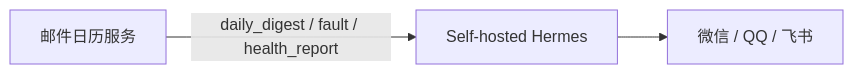
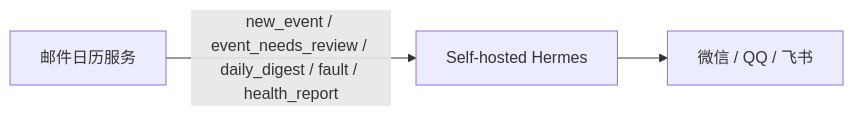
Before and after one commit to whitesweater/outlook-event-automation: the second of 2 diagrams in README.md, drawn with Mermaid. The commit also changed other lines of this file and 4 other files, not shown here.

````diff
--- a/README.md
+++ b/README.md
@@ -161,5 +161,5 @@
 ```mermaid
 flowchart LR
-  A["邮件日历服务"] -->|"daily_digest / fault / health_report"| B["Self-hosted Hermes"]
+  A["邮件日历服务"] -->|"new_event / event_needs_review / daily_digest / fault / health_report"| B["Self-hosted Hermes"]
   B --> C["微信 / QQ / 飞书"]
 ```
````
